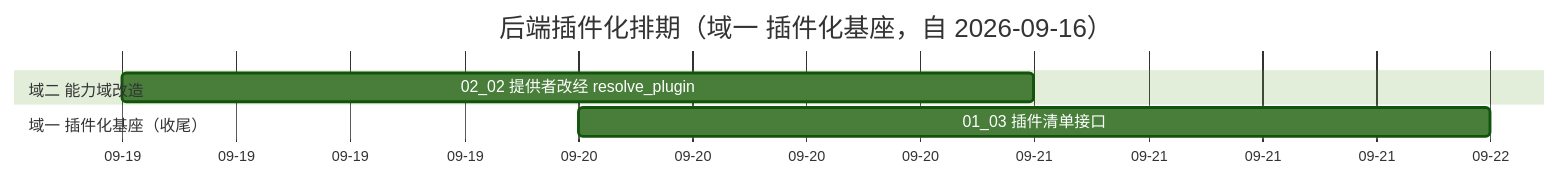
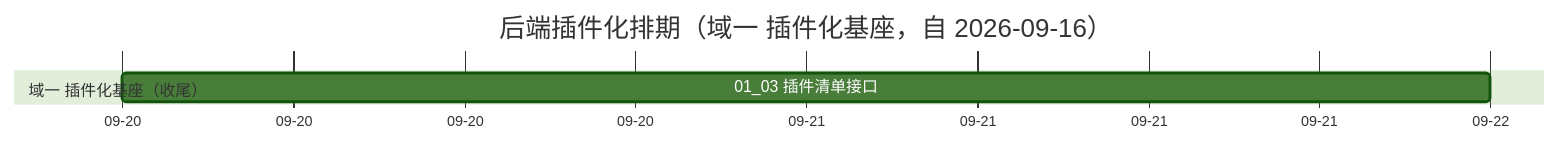
Before and after one commit to minjian123/basic-management-system: the diagram in bms文档/项目/03_后端插件化/计划/01_计划_后端插件化.md, drawn with Mermaid (forest theme). The commit also changed other lines of this file and 12 other files, not shown here.

````diff
--- a/bms文档/项目/03_后端插件化/计划/01_计划_后端插件化.md
+++ b/bms文档/项目/03_后端插件化/计划/01_计划_后端插件化.md
@@ -36,10 +36,8 @@
 ```mermaid
 gantt
     title 后端插件化排期（域一 插件化基座，自 2026-09-16）
     dateFormat  YYYY-MM-DD
     axisFormat %m-%d
-    section 域二 能力域改造
-    02_02 提供者改经 resolve_plugin :t0202, 2026-09-19, 2d
     section 域一 插件化基座（收尾）
     01_03 插件清单接口 :t0103, 2026-09-20, 2d
 ```
````
